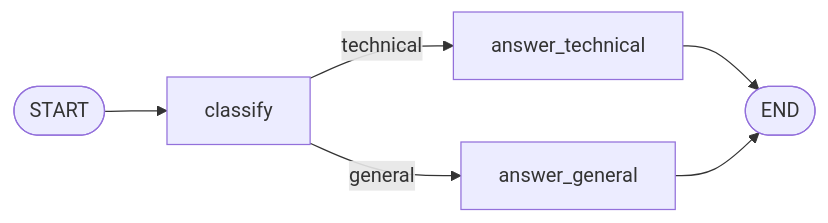
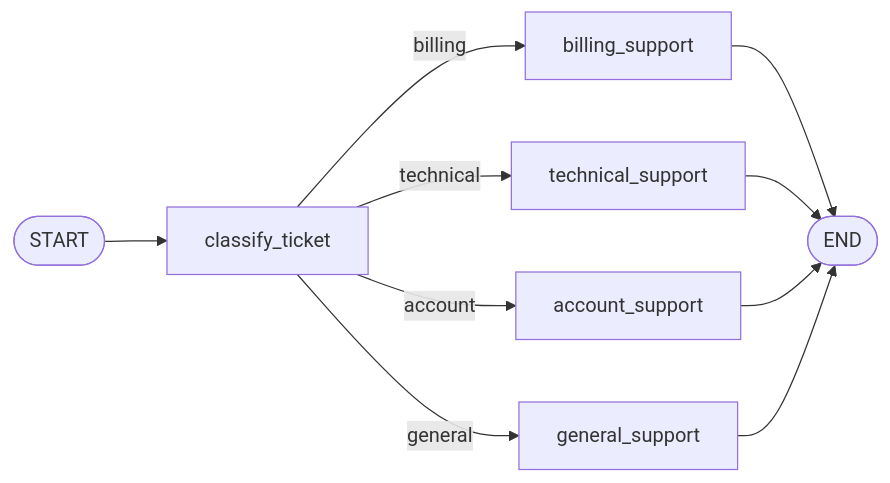
One commit to mveron/langgraph-support-intent-chatbot changed the diagram in README.md. Above: the diagram before and after it, drawn with Mermaid. The commit also changed other lines of this file and 11 other files, not shown here.

````diff
--- a/README.md
+++ b/README.md
@@ -7,8 +7,12 @@
 ```mermaid
 flowchart LR
-    START([START]) --> classify[classify]
-    classify -->|technical| answer_technical[answer_technical]
-    classify -->|general| answer_general[answer_general]
-    answer_technical --> END([END])
-    answer_general --> END
+    START([START]) --> classify_ticket[classify_ticket]
+    classify_ticket -->|billing| billing_support[billing_support]
+    classify_ticket -->|technical| technical_support[technical_support]
+    classify_ticket -->|account| account_support[account_support]
+    classify_ticket -->|general| general_support[general_support]
+    billing_support --> END([END])
+    technical_support --> END
+    account_support --> END
+    general_support --> END
 ```
````
